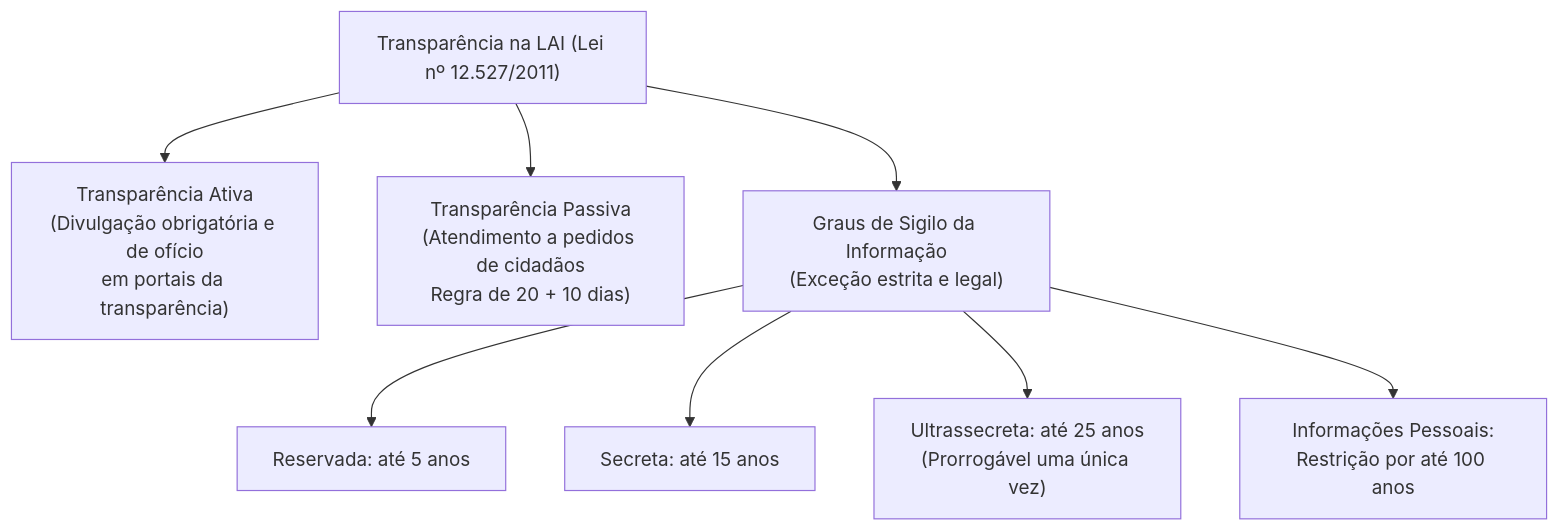
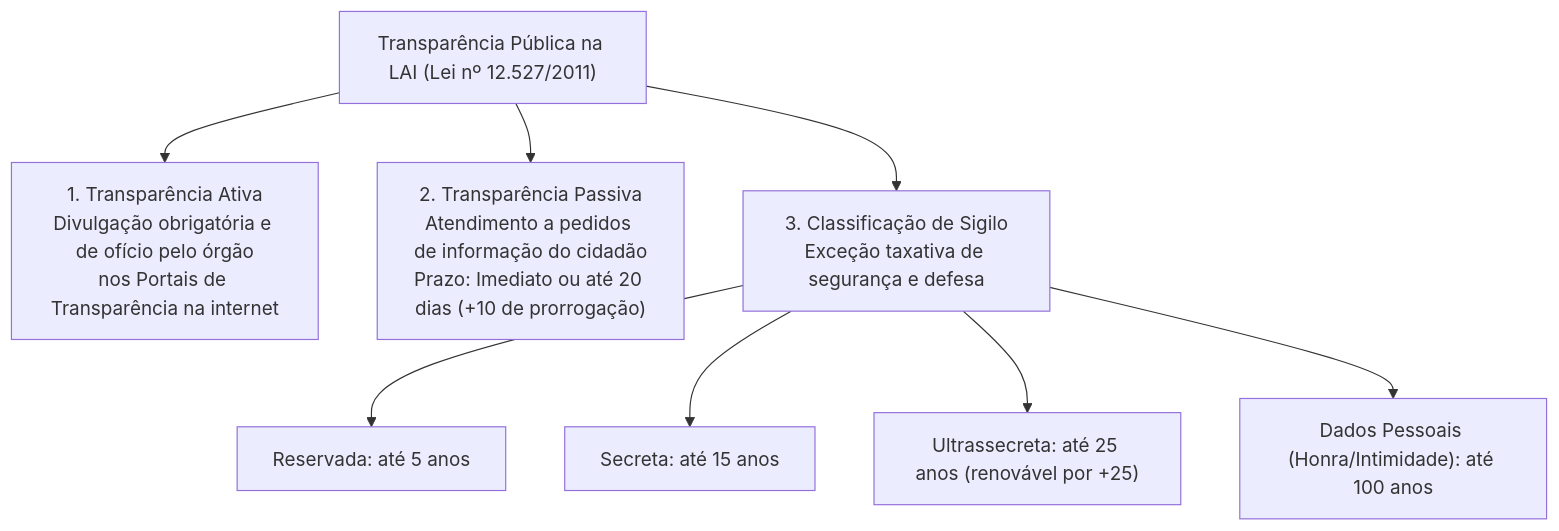
Before and after one commit to thiagosantos346/TCE-GO-2027: the sixth of 6 diagrams in fontes_de_estudo/conhecimentos_especificos_a01_tecnico_administrativo/21_nocoes_de_administracao_publica/02_modelos_de_administracao_publica_e_governanca.md, drawn with Mermaid. The commit also changed other lines of this file and 119 other files, not shown here.

````diff
--- a/fontes_de_estudo/conhecimentos_especificos_a01_tecnico_administrativo/21_nocoes_de_administracao_publica/02_modelos_de_administracao_publica_e_governanca.md
+++ b/fontes_de_estudo/conhecimentos_especificos_a01_tecnico_administrativo/21_nocoes_de_administracao_publica/02_modelos_de_administracao_publica_e_governanca.md
@@ -195,13 +216,13 @@
 ```mermaid
 flowchart TD
-    LAI["Transparência na LAI (Lei nº 12.527/2011)"]
+    LAI["Transparência Pública na LAI (Lei nº 12.527/2011)"]
     
-    LAI --> Ativa["Transparência Ativa<br/>(Divulgação obrigatória e de ofício<br/>em portais da transparência)"]
-    LAI --> Passiva["Transparência Passiva<br/>(Atendimento a pedidos de cidadãos<br/>Regra de 20 + 10 dias)"]
-    LAI --> Sigilo["Graus de Sigilo da Informação<br/>(Exceção estrita e legal)"]
+    LAI --> Ativa["1. Transparência Ativa<br/>Divulgação obrigatória e de ofício pelo órgão<br/>nos Portais de Transparência na internet"]
+    LAI --> Passiva["2. Transparência Passiva<br/>Atendimento a pedidos de informação do cidadão<br/>Prazo: Imediato ou até 20 dias (+10 de prorrogação)"]
+    LAI --> Sigilo["3. Classificação de Sigilo<br/>Exceção taxativa de segurança e defesa"]
     
     Sigilo --> R["Reservada: até 5 anos"]
     Sigilo --> S["Secreta: até 15 anos"]
-    Sigilo --> U["Ultrassecreta: até 25 anos<br/>(Prorrogável uma única vez)"]
-    Sigilo --> IP["Informações Pessoais:<br/>Restrição por até 100 anos"]
+    Sigilo --> U["Ultrassecreta: até 25 anos (renovável por +25)"]
+    Sigilo --> Pessoais["Dados Pessoais (Honra/Intimidade): até 100 anos"]
 ```
````
